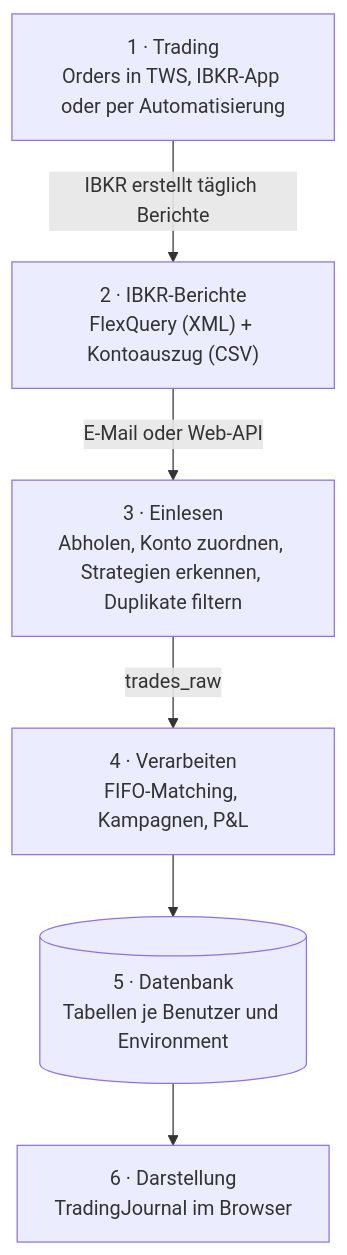
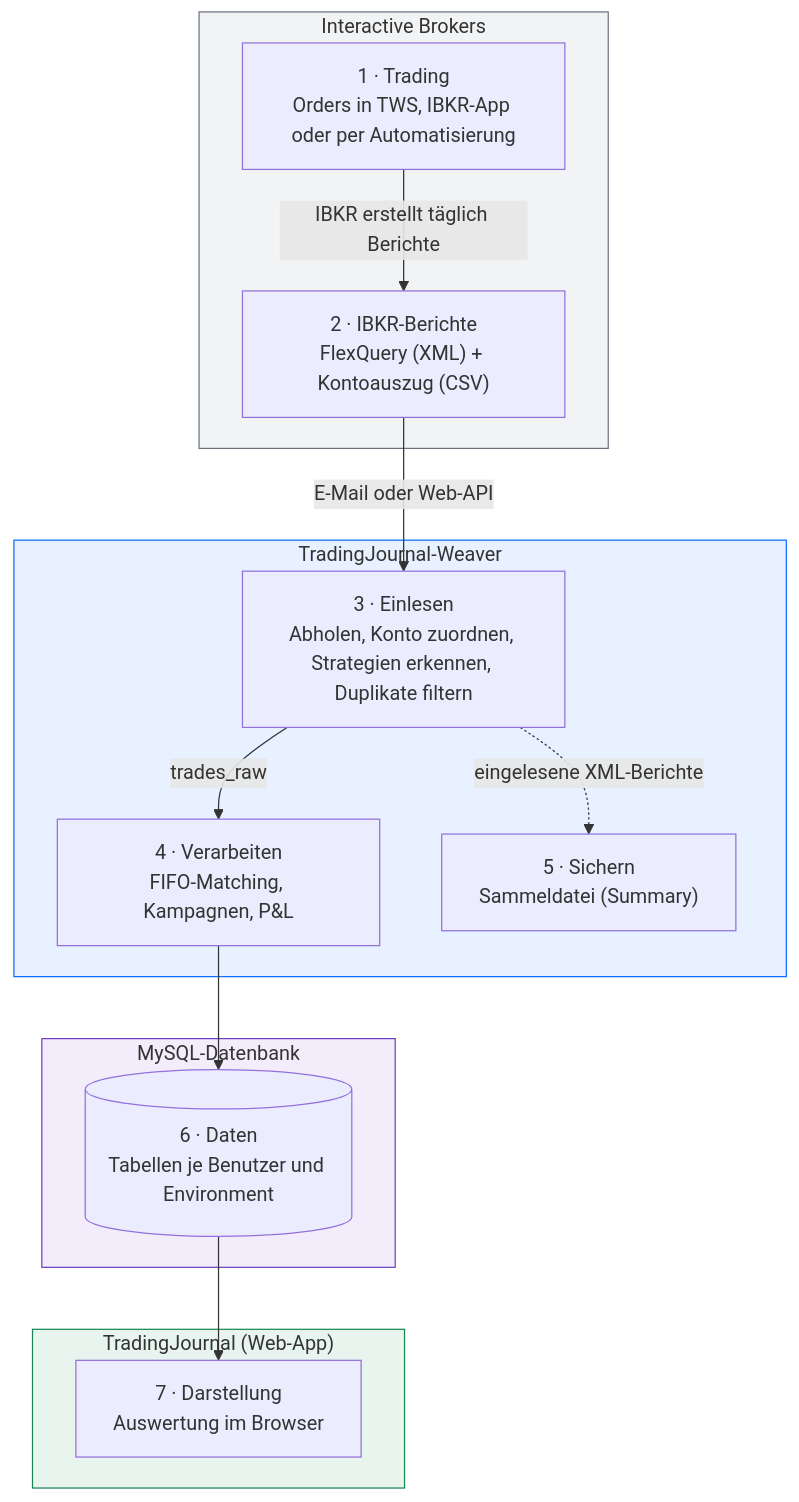
One commit to mike-1140/TradingJournal changed the first of 2 diagrams in docs/handbuch/benutzer/10-ueberblick.md. Above: the diagram before and after it, drawn with Mermaid. The commit also changed other lines of this file and 2 other files, not shown here.

First line of the commit message:
Doku: Datenfluss-Diagramm nach Programmen, DB-Aufbau, Zustellzeiten

````diff
--- a/docs/handbuch/benutzer/10-ueberblick.md
+++ b/docs/handbuch/benutzer/10-ueberblick.md
@@ -14,14 +14,28 @@
 ```mermaid
 flowchart TB
-    A["1 · Trading<br/>Orders in TWS, IBKR-App oder per Automatisierung"]
-    B["2 · IBKR-Berichte<br/>FlexQuery (XML) + Kontoauszug (CSV)"]
-    C["3 · Einlesen<br/>Abholen, Konto zuordnen, Strategien erkennen, Duplikate filtern"]
-    D["4 · Verarbeiten<br/>FIFO-Matching, Kampagnen, P#amp;L"]
-    E[("5 · Datenbank<br/>Tabellen je Benutzer und Environment")]
-    F["6 · Darstellung<br/>TradingJournal im Browser"]
+    subgraph IB["Interactive Brokers"]
+        A["1 · Trading<br/>Orders in TWS, IBKR-App oder per Automatisierung"]
+        B["2 · IBKR-Berichte<br/>FlexQuery (XML) + Kontoauszug (CSV)"]
+    end
+    subgraph WV["TradingJournal-Weaver"]
+        C["3 · Einlesen<br/>Abholen, Konto zuordnen, Strategien erkennen, Duplikate filtern"]
+        D["4 · Verarbeiten<br/>FIFO-Matching, Kampagnen, P#amp;L"]
+        S["5 · Sichern<br/>Sammeldatei (Summary)"]
+    end
+    subgraph DB["MySQL-Datenbank"]
+        E[("6 · Daten<br/>Tabellen je Benutzer und Environment")]
+    end
+    subgraph TJ["TradingJournal (Web-App)"]
+        F["7 · Darstellung<br/>Auswertung im Browser"]
+    end
     A -->|IBKR erstellt täglich Berichte| B
     B -->|E-Mail oder Web-API| C
     C -->|trades_raw| D
+    C -.->|eingelesene XML-Berichte| S
     D --> E
     E --> F
+    style IB fill:#f1f3f5,stroke:#6c757d
+    style WV fill:#e7f1ff,stroke:#0d6efd
+    style DB fill:#f3edfb,stroke:#6f42c1
+    style TJ fill:#e8f5ee,stroke:#198754
 ```
````
